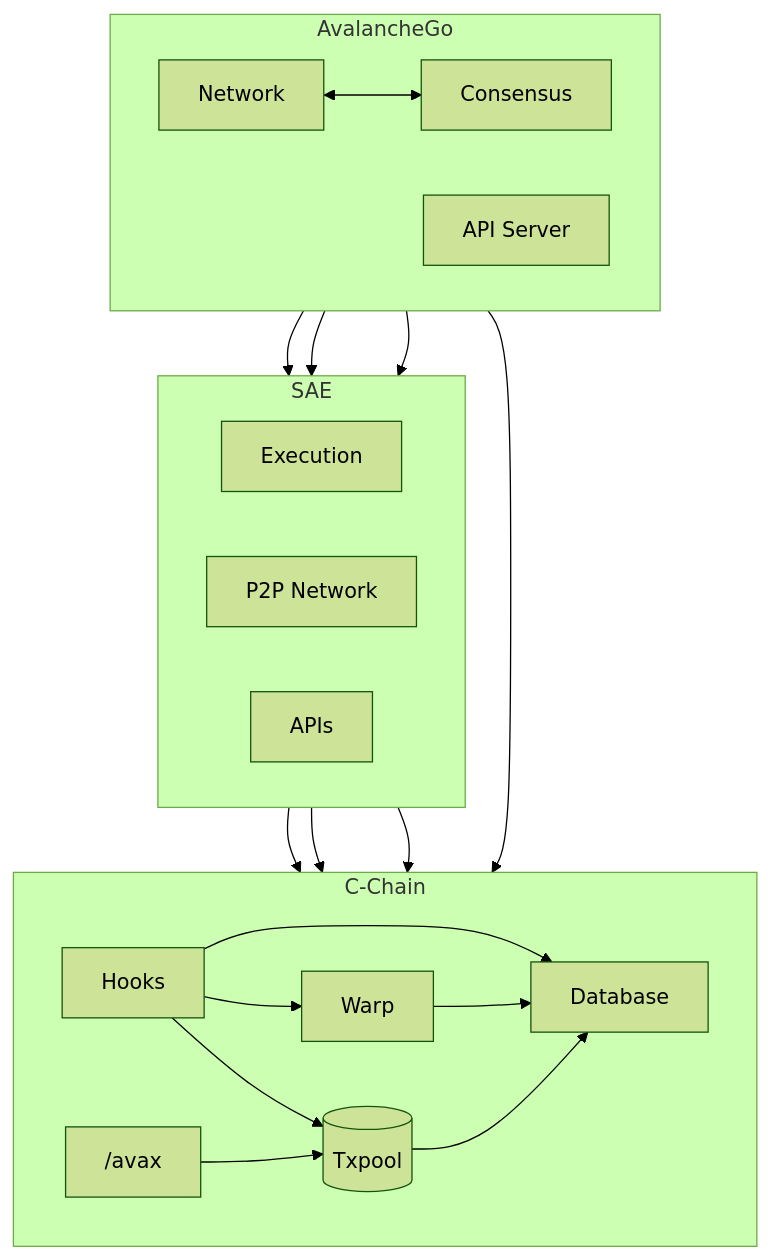
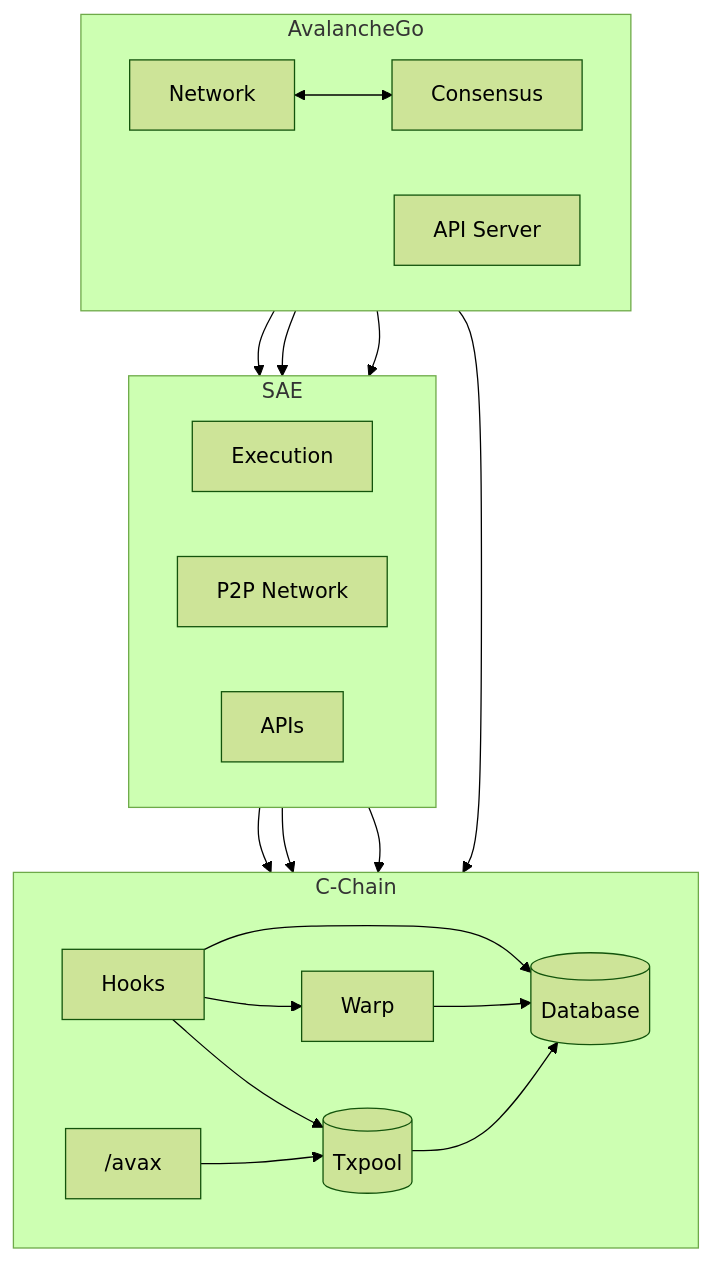
One commit to ava-labs/avalanchego changed the first of 4 diagrams in vms/saevm/cchain/README.md. Above: the diagram before and after it, drawn with Mermaid (forest theme).

````diff
--- a/vms/saevm/cchain/README.md
+++ b/vms/saevm/cchain/README.md
@@ -9,43 +9,43 @@
 ```mermaid
 flowchart TB
     subgraph avago["AvalancheGo"]
         direction LR
         consensus["Consensus"]
         network["Network"]
         apiserver["API Server"]
     end
 
     subgraph sae["SAE"]
         direction LR
         execution["Execution"]
         p2pn["P2P Network"]
         apis_sae["APIs"]
     end
 
     subgraph cchain["C-Chain"]
         direction LR
         hook["Hooks"]
         warp["Warp"]
-        db["Database"]
+        db[("Database")]
         txpool[("Txpool")]
         avax["/avax"]
     end
 
     network <--> consensus
     network --> p2pn
     consensus --> execution
     apiserver --> apis_sae
     apiserver --> avax
     execution --> hook
 
     hook --> warp
     p2pn --> warp
 
     hook --> txpool
     p2pn --> txpool
     avax --> txpool
 
     hook --> db
     warp --> db
     txpool --> db
 ```
````
